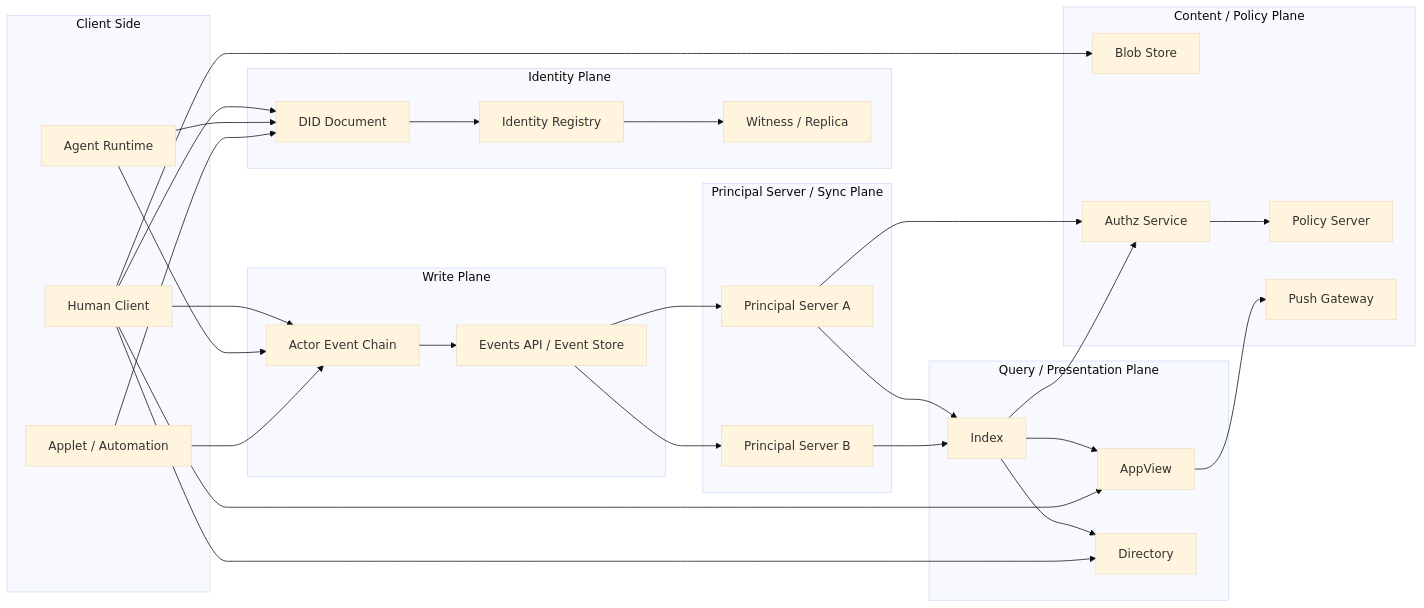
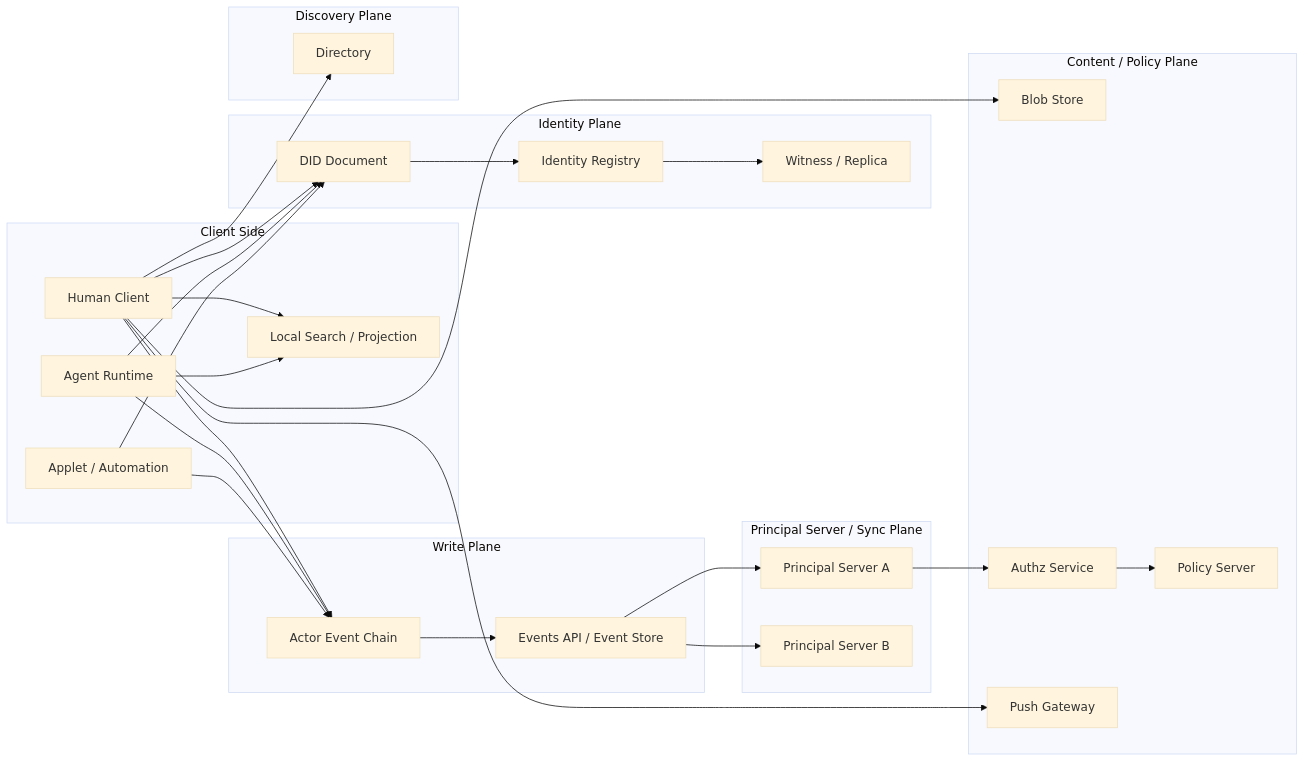
One commit to arkret-org/arkret-spec changed the diagram in zh/overview/architecture.md. Above: the diagram before and after it, drawn with Mermaid (base theme). The commit also changed other lines of this file and 88 other files, not shown here.

````diff
--- a/zh/overview/architecture.md
+++ b/zh/overview/architecture.md
@@ -267,64 +261,58 @@
 ```mermaid
 flowchart LR
     subgraph "Client Side"
         C1["Human Client"]
         C2["Agent Runtime"]
         C3["Applet / Automation"]
+        CQ["Local Search / Projection"]
     end
 
     subgraph "Identity Plane"
         DID["DID Document"]
         REG["Identity Registry"]
         WIT["Witness / Replica"]
     end
 
     subgraph "Write Plane"
         EV["Actor Event Chain"]
         ER["Events API / Event Store"]
     end
 
     subgraph "Principal Server / Sync Plane"
         PS1["Principal Server A"]
         PS2["Principal Server B"]
     end
 
-    subgraph "Query / Presentation Plane"
-        IDX["Index"]
-        APPV["AppView"]
+    subgraph "Discovery Plane"
         DIR["Directory"]
     end
 
     subgraph "Content / Policy Plane"
         BLOB["Blob Store"]
         AUTHZ["Authz Service"]
         POL["Policy Server"]
         PUSH["Push Gateway"]
     end
 
     C1 --> DID
     C2 --> DID
     C3 --> DID
     DID --> REG
     REG --> WIT
 
     C1 --> EV
     C2 --> EV
     C3 --> EV
     EV --> ER
     ER --> PS1
     ER --> PS2
 
-    PS1 --> IDX
-    PS2 --> IDX
-    IDX --> APPV
-    IDX --> DIR
-
-    C1 --> APPV
+    C1 --> CQ
+    C2 --> CQ
     C1 --> DIR
     C1 --> BLOB
 
     PS1 --> AUTHZ
-    IDX --> AUTHZ
     AUTHZ --> POL
-    APPV --> PUSH
+    C1 --> PUSH
 ```
````
